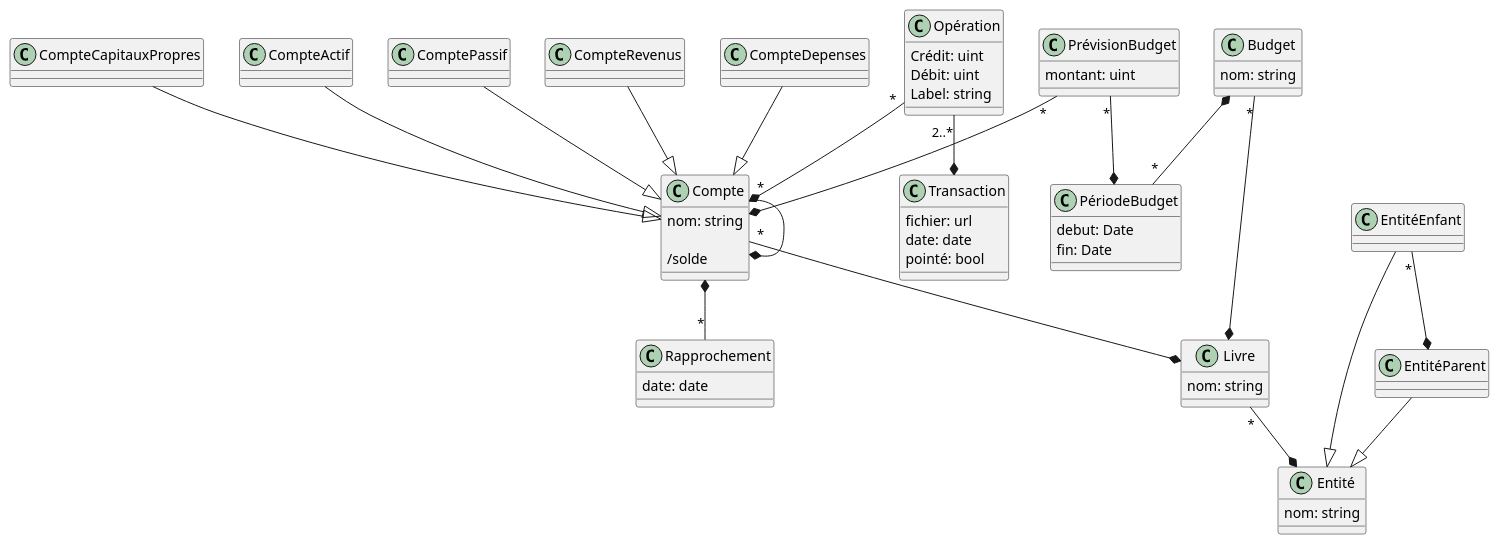
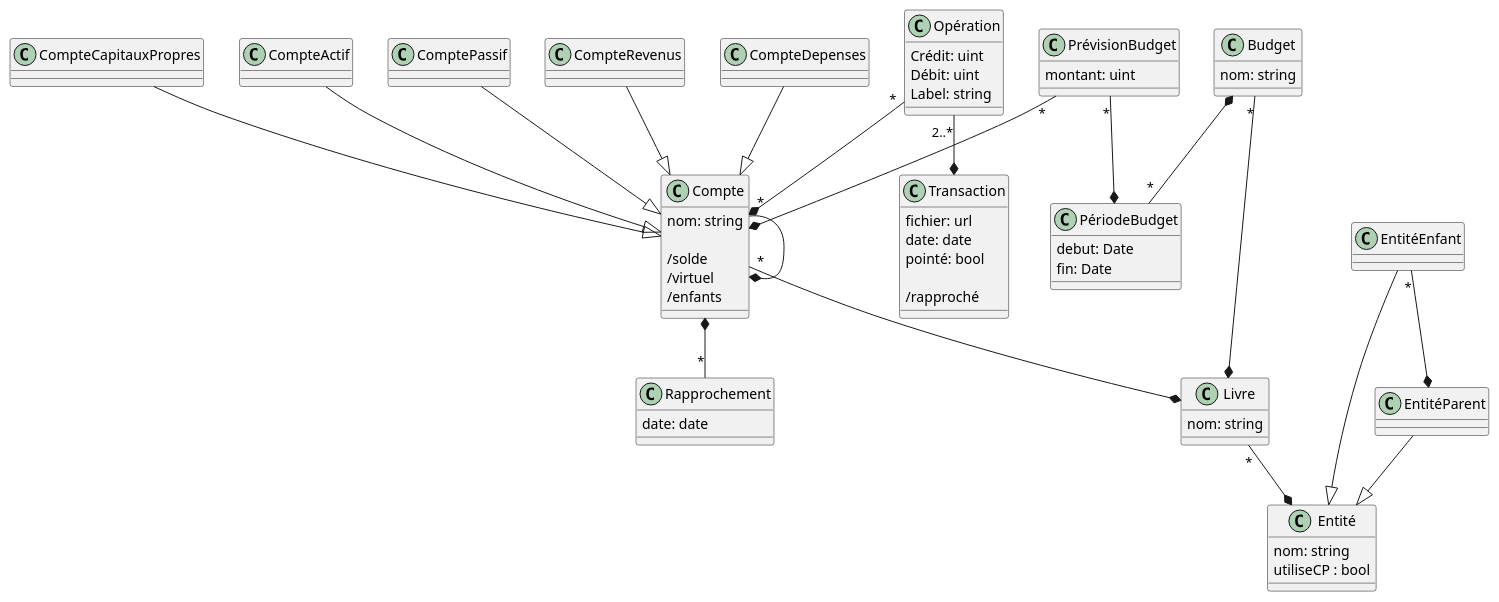
The diagram in Documentation/ModeleConceptuel.md (SiMDE-Projects/flairsou-api), drawn with PlantUML before and after one commit. The commit also changed other lines of this file, not shown here.

```diff
--- a/Documentation/ModeleConceptuel.md
+++ b/Documentation/ModeleConceptuel.md
@@ -9,6 +9,7 @@
 
 class Entité {
     nom: string
+    utiliseCP : bool
 }
 
 class Livre {
@@ -22,6 +23,8 @@
     nom: string
 
     /solde
+    /virtuel
+    /enfants
 }
 
 class CompteActif
@@ -47,6 +50,8 @@
     fichier: url
     date: date
     pointé: bool
+
+    /rapproché
 }
 
 class Rapprochement {
```
